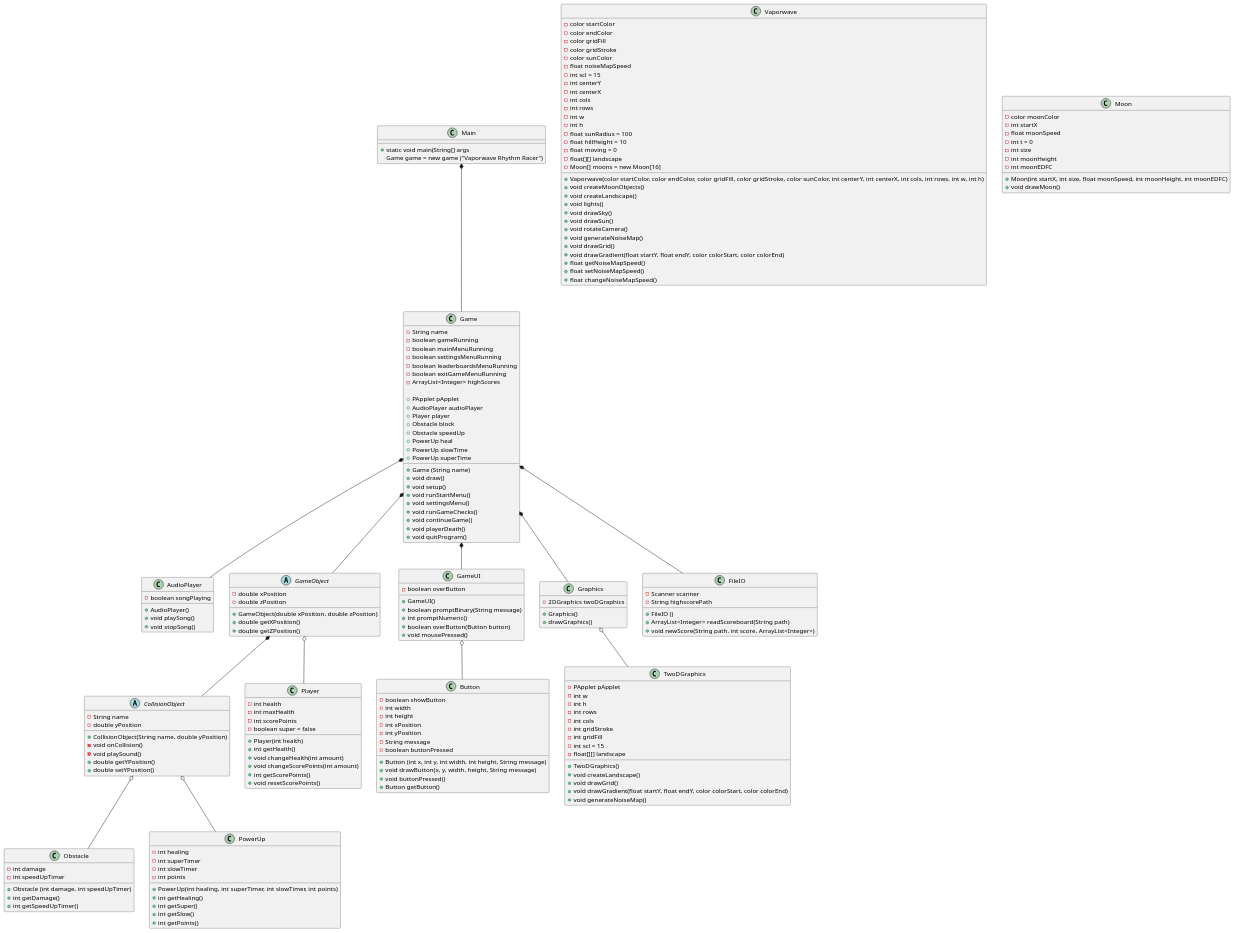
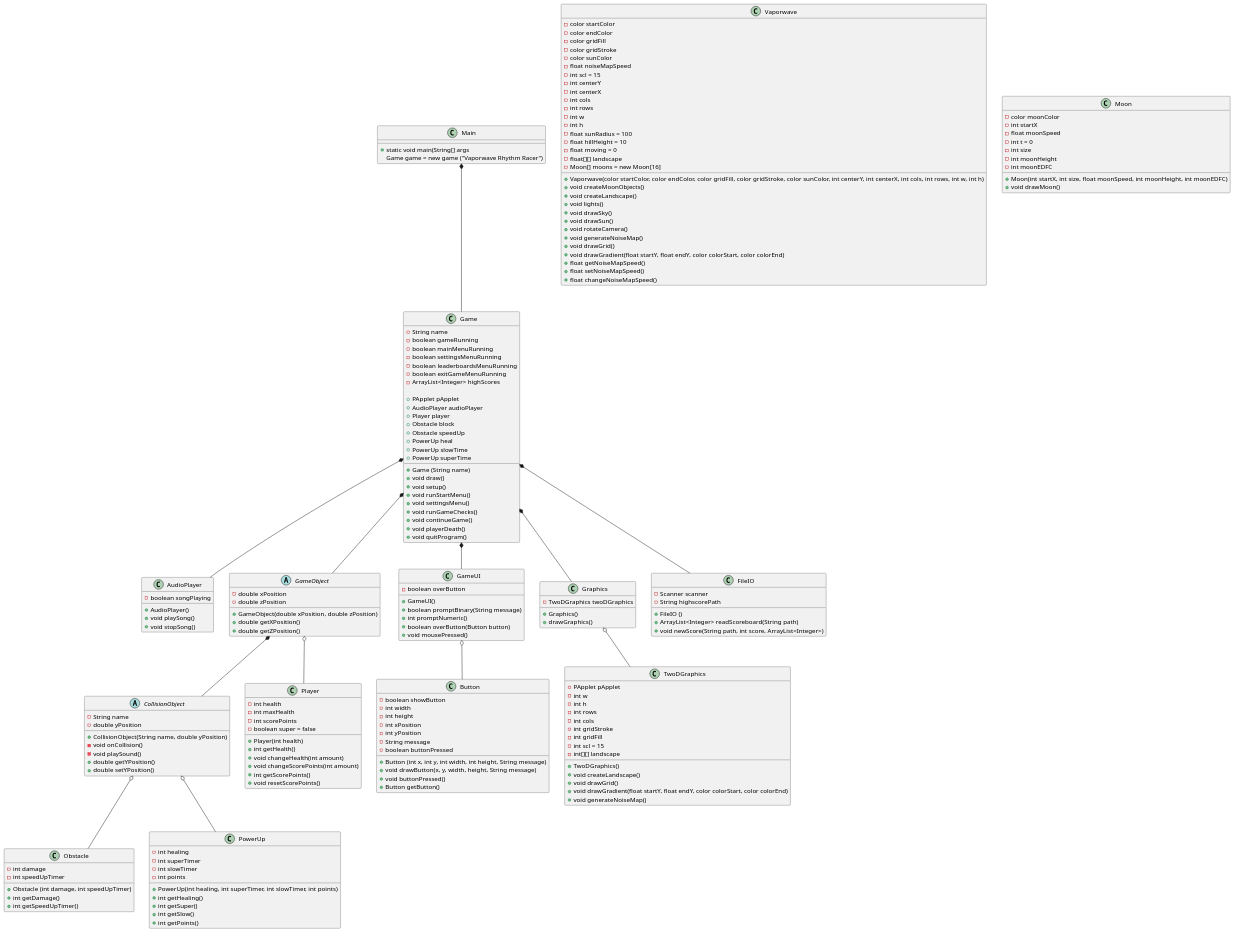
One commit to Gervig/Vaporwave-Rhythm-Racer changed the diagram in doc/Plan/static/classdiagram.puml. Above: the diagram before and after it, drawn with PlantUML. The commit also changed 1 other file, not shown here.

```diff
--- a/doc/Plan/static/classdiagram.puml
+++ b/doc/Plan/static/classdiagram.puml
@@ -148,7 +148,7 @@
 
 class Graphics{
 '- Vaporwave vaporwave
-- 2DGraphics twoDGraphics
+- TwoDGraphics twoDGraphics
 
 'constructor
 + Graphics()
@@ -202,7 +202,7 @@
 - int gridStroke
 - int gridFill
 - int scl = 15
-- float[][] landscape
+- int[][] landscape
 'constructor
 + TwoDGraphics()
 + void createLandscape()
```
